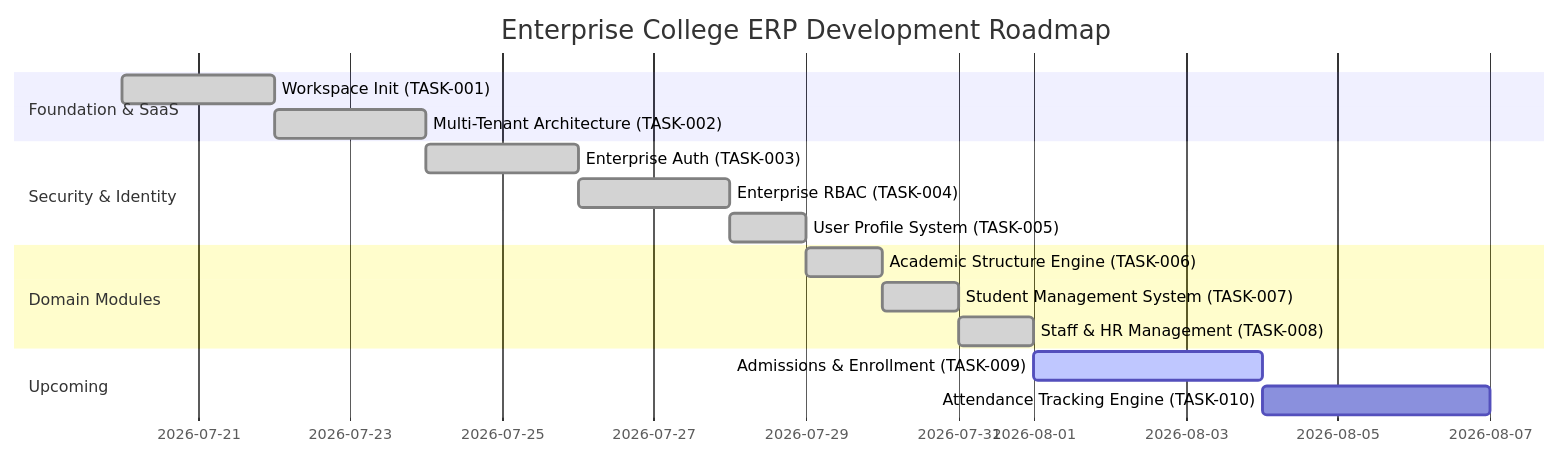
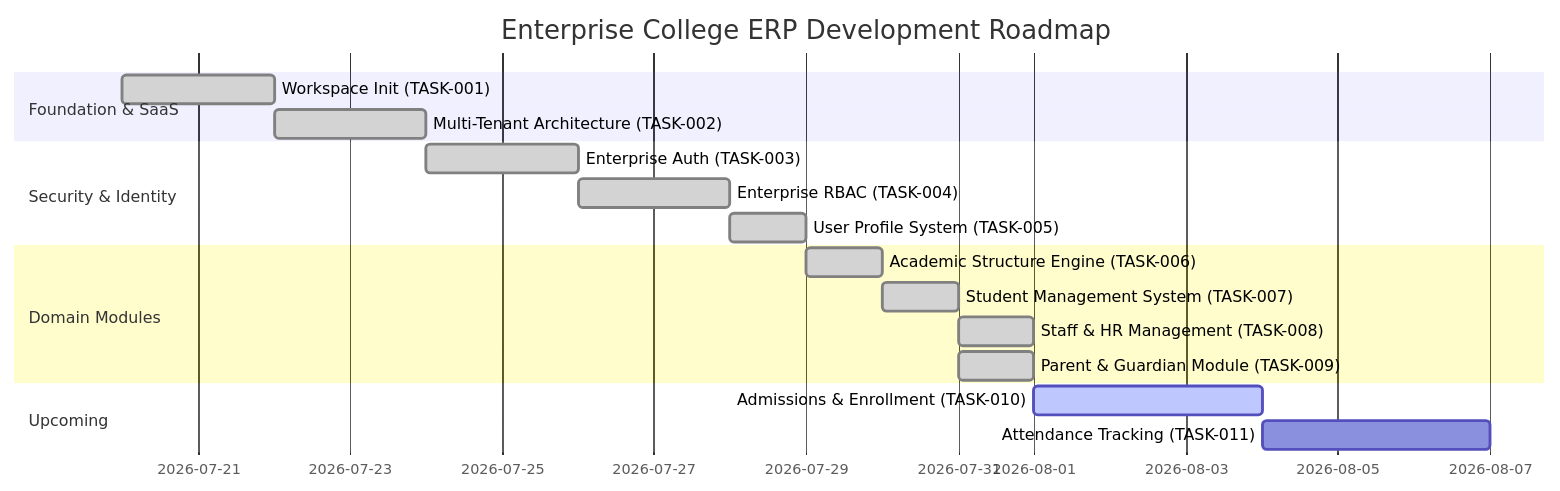
The diagram in PROJECT_STATUS.md (amaanmulani9-ai/College-ERP), drawn with Mermaid before and after one commit. The commit also changed other lines of this file and 3 other files, not shown here.

Commit message:
feat: implement enterprise parent guardian management

````diff
--- a/PROJECT_STATUS.md
+++ b/PROJECT_STATUS.md
@@ -33,19 +33,20 @@
 ```mermaid
 gantt
     title Enterprise College ERP Development Roadmap
     dateFormat  YYYY-MM-DD
     section Foundation & SaaS
-    Workspace Init (TASK-001)       :done, task1, 2026-07-20, 2d
+    Workspace Init (TASK-001)            :done, task1, 2026-07-20, 2d
     Multi-Tenant Architecture (TASK-002) :done, task2, 2026-07-22, 2d
     section Security & Identity
-    Enterprise Auth (TASK-003)       :done, task3, 2026-07-24, 2d
-    Enterprise RBAC (TASK-004)       :done, task4, 2026-07-26, 2d
-    User Profile System (TASK-005)   :done, task5, 2026-07-28, 1d
+    Enterprise Auth (TASK-003)           :done, task3, 2026-07-24, 2d
+    Enterprise RBAC (TASK-004)           :done, task4, 2026-07-26, 2d
+    User Profile System (TASK-005)       :done, task5, 2026-07-28, 1d
     section Domain Modules
     Academic Structure Engine (TASK-006) :done, task6, 2026-07-29, 1d
     Student Management System (TASK-007) :done, task7, 2026-07-30, 1d
     Staff & HR Management (TASK-008)     :done, task8, 2026-07-31, 1d
+    Parent & Guardian Module (TASK-009)  :done, task9, 2026-07-31, 1d
     section Upcoming
-    Admissions & Enrollment (TASK-009)   :active, task9, 2026-08-01, 3d
-    Attendance Tracking Engine (TASK-010): task10, 2026-08-04, 3d
+    Admissions & Enrollment (TASK-010)   :active, task10, 2026-08-01, 3d
+    Attendance Tracking (TASK-011)       : task11, 2026-08-04, 3d
 ```
````
